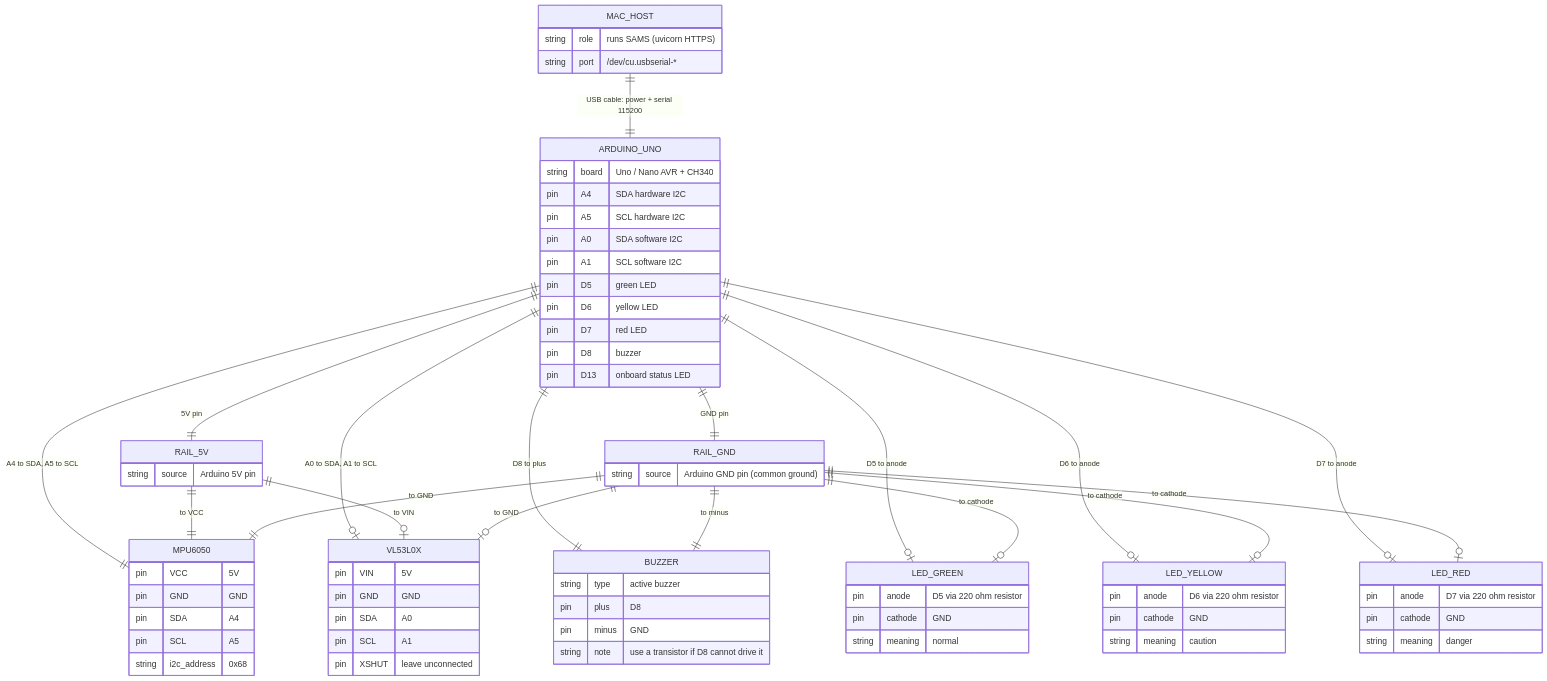
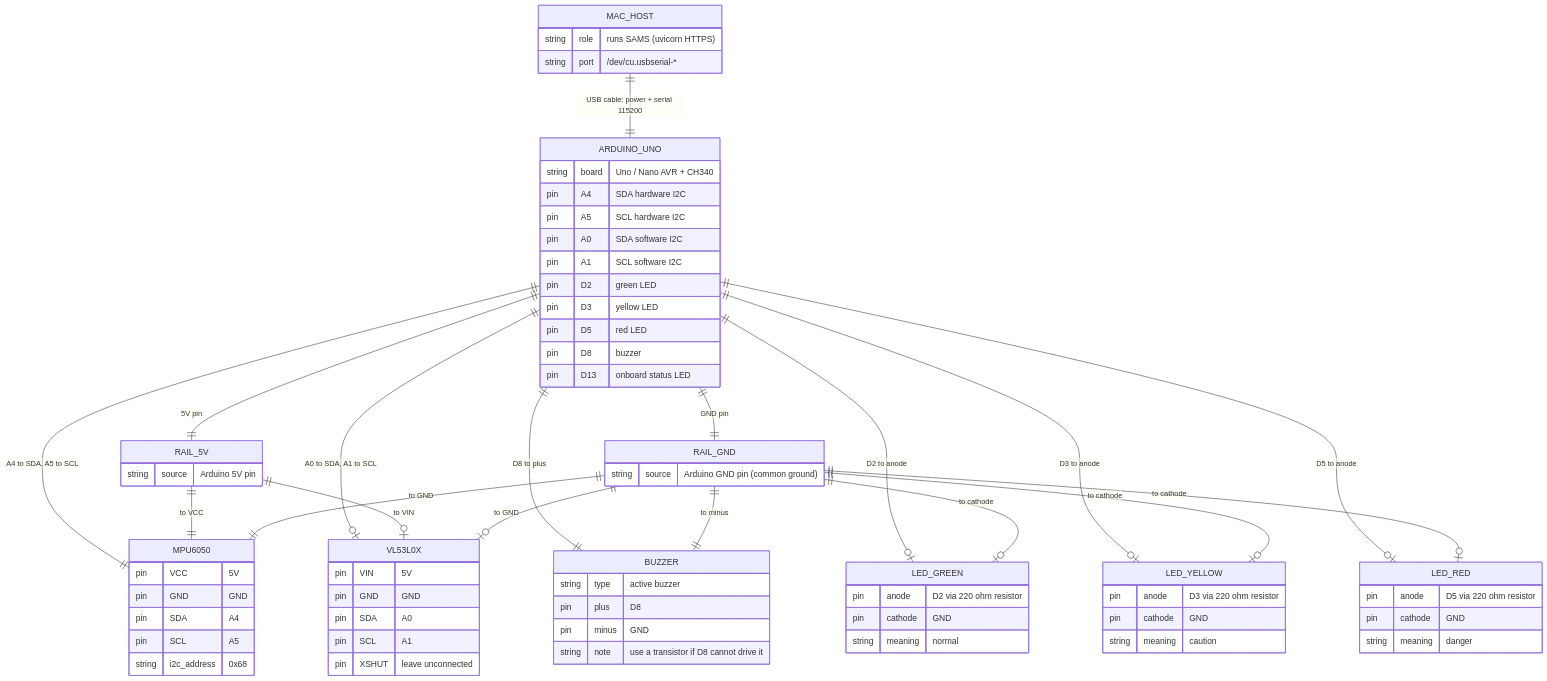
The third of 5 diagrams in README.md (Bonaparte003/Smart-Accident-System-Monitoring-SAMS-), drawn with Mermaid before and after one commit. The commit also changed other lines of this file and 15 other files, not shown here.

````diff
--- a/README.md
+++ b/README.md
@@ -351,82 +351,82 @@
 ```mermaid
 erDiagram
     MAC_HOST ||--|| ARDUINO_UNO : "USB cable: power + serial 115200"
     ARDUINO_UNO ||--|| RAIL_5V : "5V pin"
     ARDUINO_UNO ||--|| RAIL_GND : "GND pin"
 
     ARDUINO_UNO ||--|| MPU6050 : "A4 to SDA, A5 to SCL"
     RAIL_5V ||--|| MPU6050 : "to VCC"
     RAIL_GND ||--|| MPU6050 : "to GND"
 
     ARDUINO_UNO ||--o| VL53L0X : "A0 to SDA, A1 to SCL"
     RAIL_5V ||--o| VL53L0X : "to VIN"
     RAIL_GND ||--o| VL53L0X : "to GND"
 
     ARDUINO_UNO ||--|| BUZZER : "D8 to plus"
     RAIL_GND ||--|| BUZZER : "to minus"
 
-    ARDUINO_UNO ||--o| LED_GREEN : "D5 to anode"
-    ARDUINO_UNO ||--o| LED_YELLOW : "D6 to anode"
-    ARDUINO_UNO ||--o| LED_RED : "D7 to anode"
+    ARDUINO_UNO ||--o| LED_GREEN : "D2 to anode"
+    ARDUINO_UNO ||--o| LED_YELLOW : "D3 to anode"
+    ARDUINO_UNO ||--o| LED_RED : "D5 to anode"
     RAIL_GND ||--o| LED_GREEN : "to cathode"
     RAIL_GND ||--o| LED_YELLOW : "to cathode"
     RAIL_GND ||--o| LED_RED : "to cathode"
 
     MAC_HOST {
         string role "runs SAMS (uvicorn HTTPS)"
         string port "/dev/cu.usbserial-*"
     }
     ARDUINO_UNO {
         string board "Uno / Nano AVR + CH340"
         pin A4 "SDA hardware I2C"
         pin A5 "SCL hardware I2C"
         pin A0 "SDA software I2C"
         pin A1 "SCL software I2C"
-        pin D5 "green LED"
-        pin D6 "yellow LED"
-        pin D7 "red LED"
+        pin D2 "green LED"
+        pin D3 "yellow LED"
+        pin D5 "red LED"
         pin D8 "buzzer"
         pin D13 "onboard status LED"
     }
     RAIL_5V {
         string source "Arduino 5V pin"
     }
     RAIL_GND {
         string source "Arduino GND pin (common ground)"
     }
     MPU6050 {
         pin VCC "5V"
         pin GND "GND"
         pin SDA "A4"
         pin SCL "A5"
         string i2c_address "0x68"
     }
     VL53L0X {
         pin VIN "5V"
         pin GND "GND"
         pin SDA "A0"
         pin SCL "A1"
         pin XSHUT "leave unconnected"
     }
     BUZZER {
         string type "active buzzer"
         pin plus "D8"
         pin minus "GND"
         string note "use a transistor if D8 cannot drive it"
     }
     LED_GREEN {
-        pin anode "D5 via 220 ohm resistor"
+        pin anode "D2 via 220 ohm resistor"
         pin cathode "GND"
         string meaning "normal"
     }
     LED_YELLOW {
-        pin anode "D6 via 220 ohm resistor"
+        pin anode "D3 via 220 ohm resistor"
         pin cathode "GND"
         string meaning "caution"
     }
     LED_RED {
-        pin anode "D7 via 220 ohm resistor"
+        pin anode "D5 via 220 ohm resistor"
         pin cathode "GND"
         string meaning "danger"
     }
 ```
````
